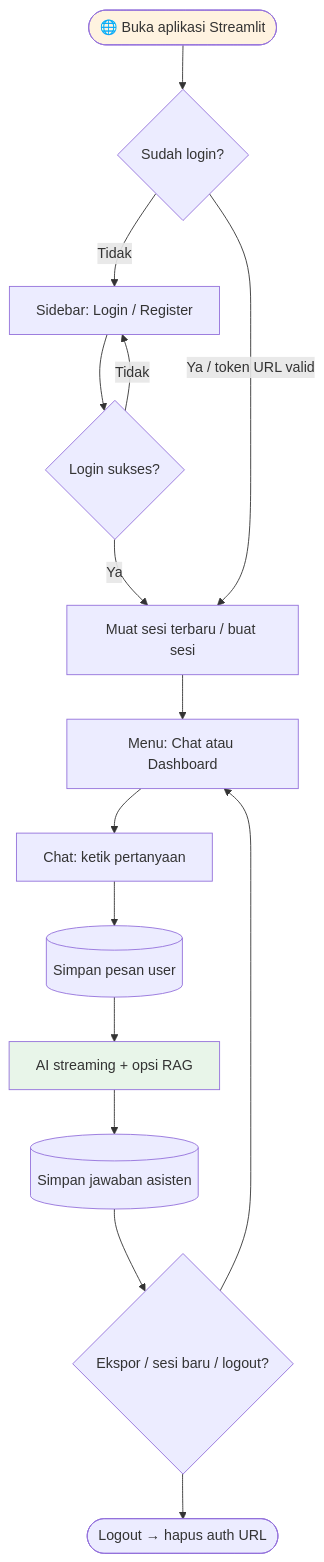
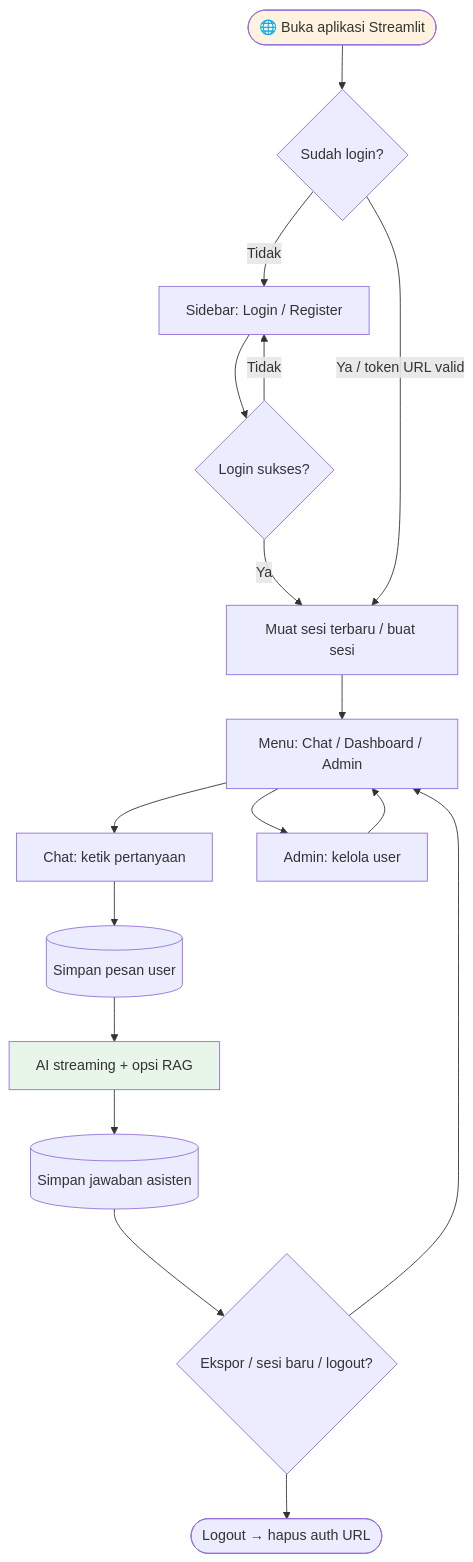
Before and after one commit to noermuhmmadayub/project-ayub: the second of 7 diagrams in DOKUMENTASI_SISTEM.md, drawn with Mermaid. The commit also changed other lines of this file and 17 other files, not shown here.

````diff
--- a/DOKUMENTASI_SISTEM.md
+++ b/DOKUMENTASI_SISTEM.md
@@ -70,20 +73,22 @@
 ```mermaid
 flowchart TD
   A([🌐 Buka aplikasi Streamlit]) --> B{Sudah login?}
   B -->|Tidak| C[Sidebar: Login / Register]
   C --> D{Login sukses?}
   D -->|Ya| E[Muat sesi terbaru / buat sesi]
   D -->|Tidak| C
   B -->|Ya / token URL valid| E
-  E --> F[Menu: Chat atau Dashboard]
+  E --> F[Menu: Chat / Dashboard / Admin]
   F --> G[Chat: ketik pertanyaan]
+  F --> ADM[Admin: kelola user]
   G --> H[(Simpan pesan user)]
   H --> I[AI streaming + opsi RAG]
   I --> J[(Simpan jawaban asisten)]
   J --> K{Ekspor / sesi baru / logout?}
   K --> F
   K --> L([Logout → hapus auth URL])
+  ADM --> F
 
   style A fill:#fff3e0
   style I fill:#e8f5e9
 ```
````
